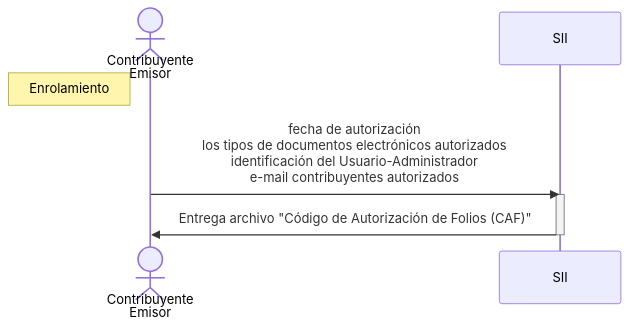
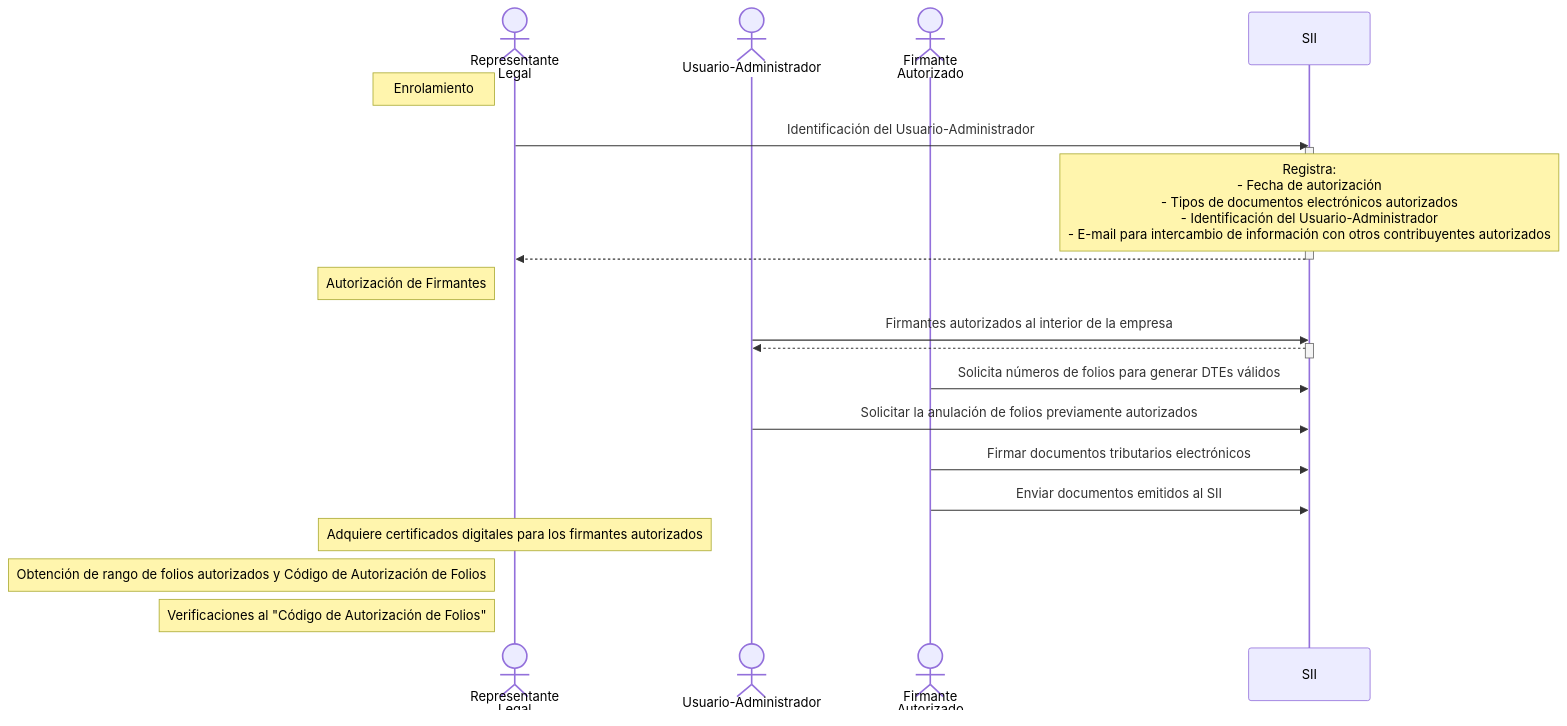
One commit to mliulion/sii-uml changed the diagram in instructivo_técnico_factura_electrónica.md. Above: the diagram before and after it, drawn with Mermaid. The commit also changed other lines of this file, not shown here.

Commit message:
add autorizacion firmantes

````diff
--- a/instructivo_técnico_factura_electrónica.md
+++ b/instructivo_técnico_factura_electrónica.md
@@ -5,15 +9,48 @@
 ```mermaid
 sequenceDiagram
 
-    actor       Contribuyente as Contribuyente<br/>Emisor
+    actor       Representante as Representante<br/>Legal
+    actor       Administrador as Usuario-Administrador
+    actor       Firmante as Firmante<br/>Autorizado
     participant SII
 
-    Note left of Contribuyente: Enrolamiento
+    %%%%%%%%%%%%%%%%%%%%%%%%%%%%%%%%%%%%%%%%%%%%%%
 
-    Contribuyente->>SII: fecha de autorización<br/>los tipos de documentos electrónicos autorizados<br/>identificación del Usuario-Administrador<br/>e-mail contribuyentes autorizados
+    Note left of Representante: Enrolamiento
+
+    Representante->>SII: Identificación del Usuario-Administrador
     activate SII
-    
-    SII->>Contribuyente: Entrega archivo "Código de Autorización de Folios (CAF)"
+
+    Note over SII: Registra:<br/>- Fecha de autorización<br/>- Tipos de documentos electrónicos autorizados<br/>- Identificación del Usuario-Administrador<br/>- E-mail para intercambio de información con otros contribuyentes autorizados
+
+    SII-->>Representante:
     deactivate SII
 
+    %%%%%%%%%%%%%%%%%%%%%%%%%%%%%%%%%%%%%%%%%%%%%%
+
+    Note left of Representante: Autorización de Firmantes
+
+    Administrador->>SII: Firmantes autorizados al interior de la empresa
+    activate SII
+    SII-->>Administrador:
+    deactivate SII
+
+    Firmante->>SII:  Solicita números de folios para generar DTEs válidos
+
+    Administrador->>SII:  Solicitar la anulación de folios previamente autorizados
+
+    Firmante->>SII:  Firmar documentos tributarios electrónicos
+    Firmante->>SII:  Enviar documentos emitidos al SII
+
+    Note over Representante: Adquiere certificados digitales para los firmantes autorizados
+
+    %%%%%%%%%%%%%%%%%%%%%%%%%%%%%%%%%%%%%%%%%%%%%%
+
+    Note left of Representante: Obtención de rango de folios autorizados y Código de Autorización de Folios
+    %%%%%%%%%%%%%%%%%%%%%%%%%%%%%%%%%%%%%%%%%%%%%%
+
+    Note left of Representante: Verificaciones al "Código de Autorización de Folios"
+
+
+
 ```
````
